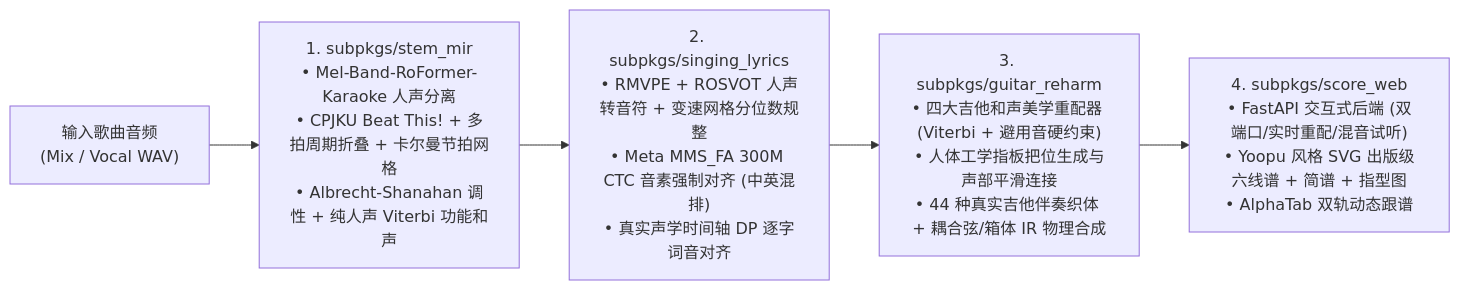
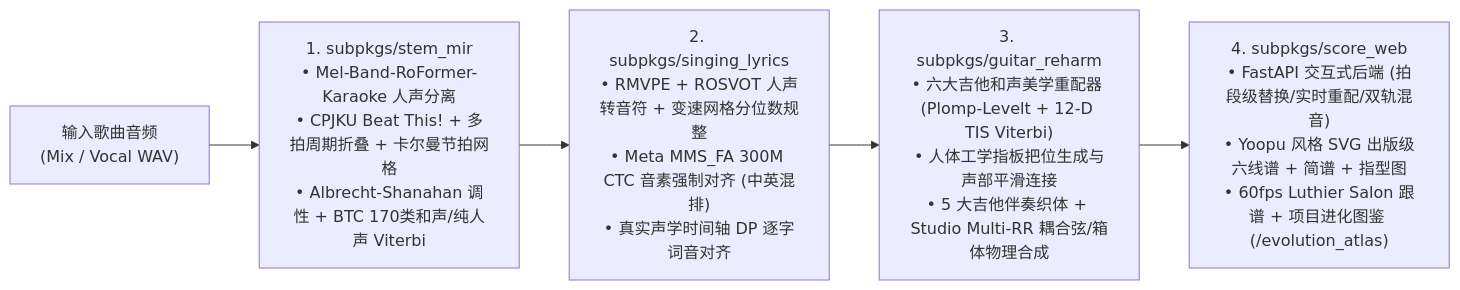
The diagram in README.md (Lkkisme/melodydesk-workbench), drawn with Mermaid before and after one commit. The commit also changed other lines of this file and 7 other files, not shown here.

Commit message:
fix(reharm,score,ui): harden meter/split-bar invariants, add segment inspector & project evolution atlas

````diff
--- a/README.md
+++ b/README.md
@@ -9,7 +9,7 @@
 ```mermaid
 flowchart LR
-    WAV["输入歌曲音频<br/>(Mix / Vocal WAV)"] --> S1["1. subpkgs/stem_mir<br/>• Mel-Band-RoFormer-Karaoke 人声分离<br/>• CPJKU Beat This! + 多拍周期折叠 + 卡尔曼节拍网格<br/>• Albrecht-Shanahan 调性 + 纯人声 Viterbi 功能和声"]
+    WAV["输入歌曲音频<br/>(Mix / Vocal WAV)"] --> S1["1. subpkgs/stem_mir<br/>• Mel-Band-RoFormer-Karaoke 人声分离<br/>• CPJKU Beat This! + 多拍周期折叠 + 卡尔曼节拍网格<br/>• Albrecht-Shanahan 调性 + BTC 170类和声/纯人声 Viterbi"]
     S1 --> S2["2. subpkgs/singing_lyrics<br/>• RMVPE + ROSVOT 人声转音符 + 变速网格分位数规整<br/>• Meta MMS_FA 300M CTC 音素强制对齐 (中英混排)<br/>• 真实声学时间轴 DP 逐字词音对齐"]
-    S2 --> S3["3. subpkgs/guitar_reharm<br/>• 四大吉他和声美学重配器 (Viterbi + 避用音硬约束)<br/>• 人体工学指板把位生成与声部平滑连接<br/>• 44 种真实吉他伴奏织体 + 耦合弦/箱体 IR 物理合成"]
-    S3 --> S4["4. subpkgs/score_web<br/>• FastAPI 交互式后端 (双端口/实时重配/混音试听)<br/>• Yoopu 风格 SVG 出版级六线谱 + 简谱 + 指型图<br/>• AlphaTab 双轨动态跟谱"]
+    S2 --> S3["3. subpkgs/guitar_reharm<br/>• 六大吉他和声美学重配器 (Plomp-Levelt + 12-D TIS Viterbi)<br/>• 人体工学指板把位生成与声部平滑连接<br/>• 5 大吉他伴奏织体 + Studio Multi-RR 耦合弦/箱体物理合成"]
+    S3 --> S4["4. subpkgs/score_web<br/>• FastAPI 交互式后端 (拍段级替换/实时重配/双轨混音)<br/>• Yoopu 风格 SVG 出版级六线谱 + 简谱 + 指型图<br/>• 60fps Luthier Salon 跟谱 + 项目进化图鉴 (/evolution_atlas)"]
 ```
````
